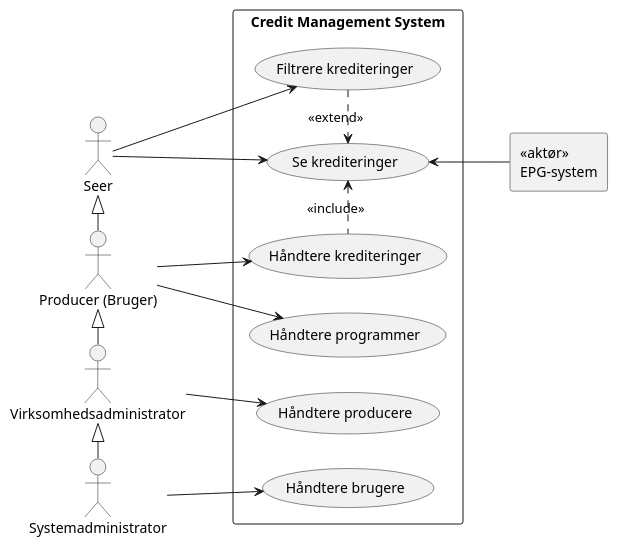
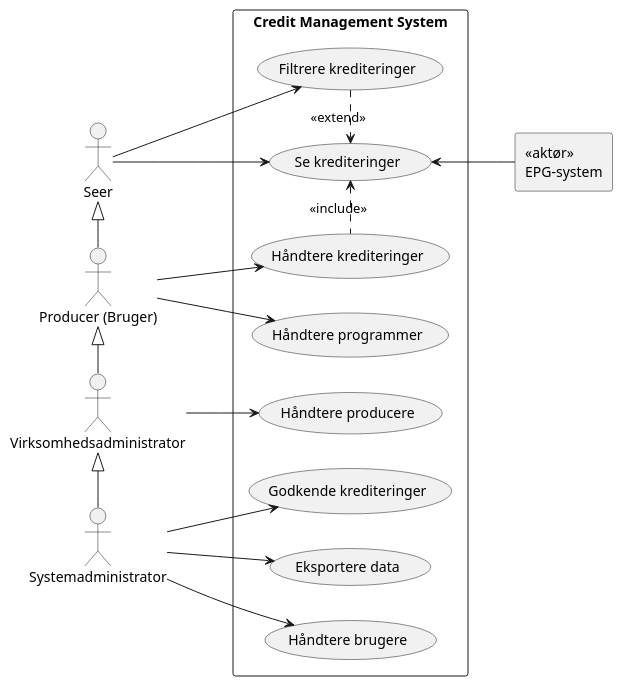
One commit to amatzen/SE02-SE-G02-SPRO changed the diagram in uml/use_case/use_case.puml. Above: the diagram before and after it, drawn with PlantUML. The commit also changed 1 other file, not shown here.

```diff
--- a/uml/use_case/use_case.puml
+++ b/uml/use_case/use_case.puml
@@ -1,41 +1,43 @@
 @startuml
 'https://plantuml.com/use-case-diagram
 left to right direction
 
 actor "Producer (Bruger)" as producer
 actor Systemadministrator as administrator
 actor Seer as seer
 actor Virksomhedsadministrator as virksomhedsadministrator
 rectangle "<<aktør>>\nEPG-system" as epg
 
 rectangle "Credit Management System" {
     usecase "Håndtere producere" as (Håndtere producere)
     usecase "Håndtere programmer" as (Håndtere programmer)
     usecase "Håndtere brugere" as (Håndtere brugere)
     usecase "Håndtere krediteringer" as (Håndtere krediteringer)
     usecase "Se krediteringer" as (Se krediteringer)
     usecase "Filtrere krediteringer" as (Filtrere krediteringer)
+    usecase "Godkende krediteringer" as (Godkende krediteringer)
+    usecase "Eksportere data" as (Eksportere data)
     (Filtrere krediteringer) .> (Se krediteringer) : <<extend>>
 }
 
 producer --> (Håndtere programmer)
 producer --> (Håndtere krediteringer)
 
 administrator --> (Håndtere brugere)
 
 virksomhedsadministrator --> (Håndtere producere)
 
 seer --> (Se krediteringer)
 seer --> (Filtrere krediteringer)
 
 (Se krediteringer) <-- epg
 
-
 administrator -l-|> virksomhedsadministrator
 virksomhedsadministrator -l-|> producer
 producer -l-|> seer
 (Håndtere krediteringer) .l-> (Se krediteringer) : "<<include>>"
 
-
+administrator --> (Eksportere data)
+administrator --> (Godkende krediteringer)
 
 @enduml
```
